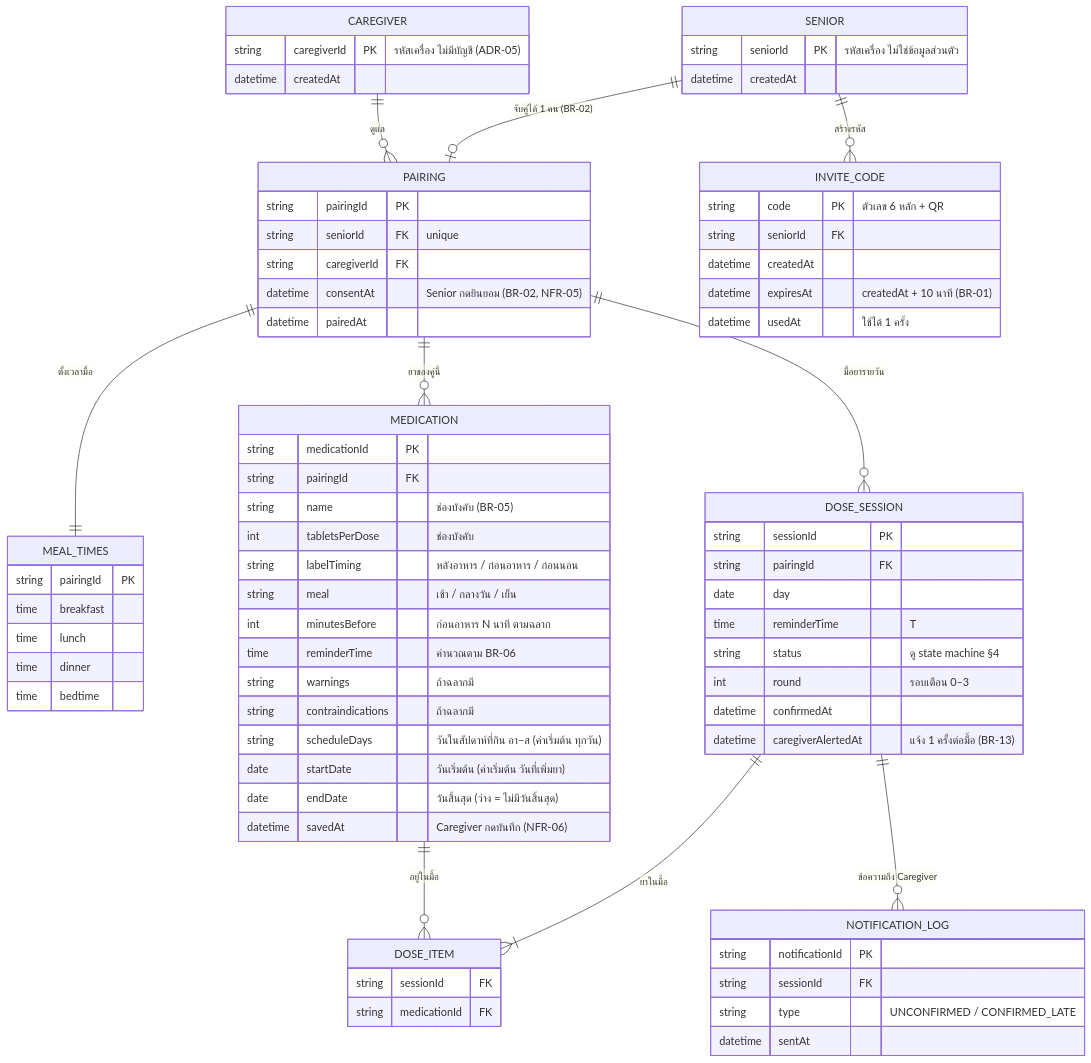
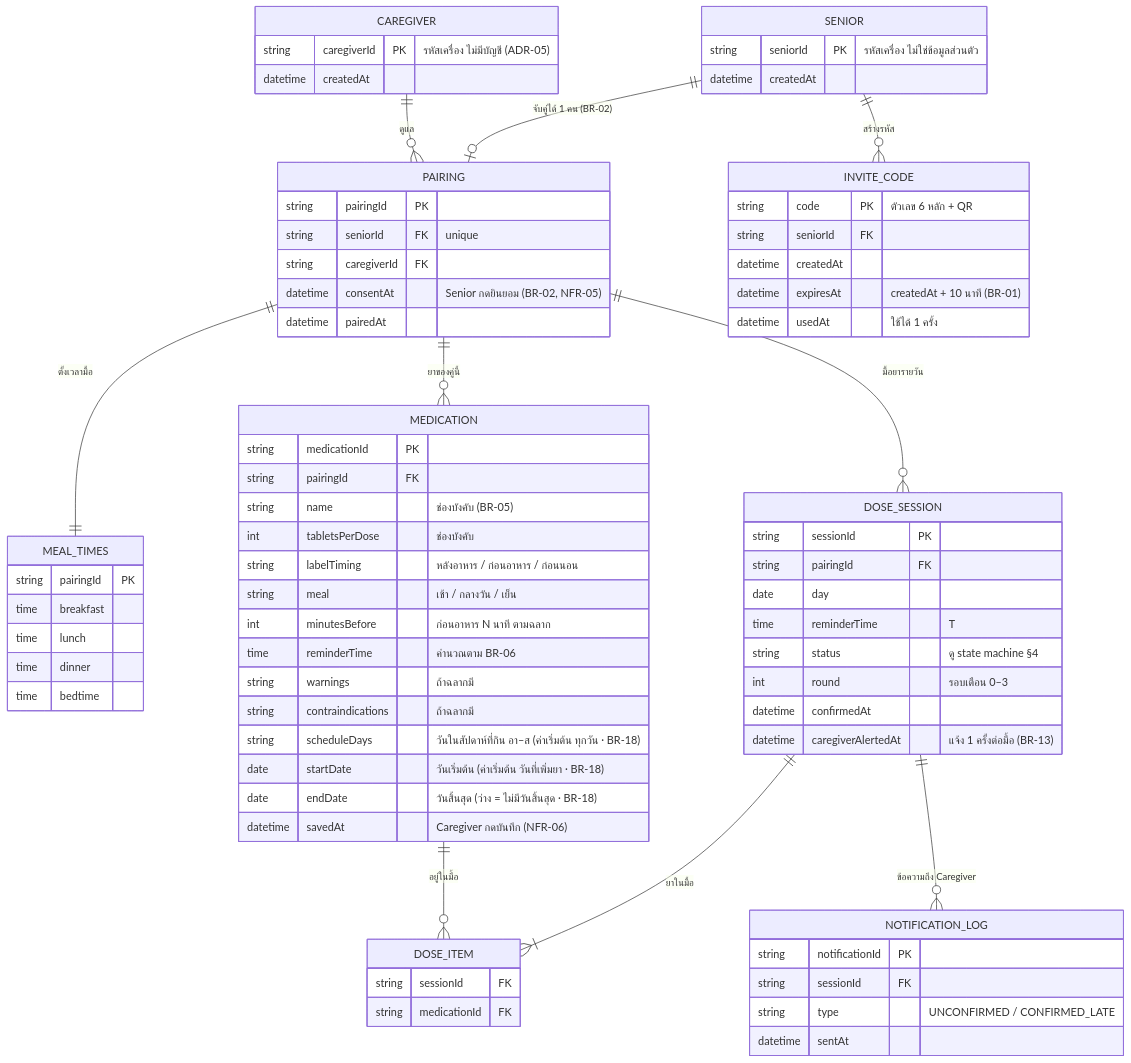
One commit to yaroo393-png/MedMind changed the sixth of 6 diagrams in docs/03-design/architecture.md. Above: the diagram before and after it, drawn with Mermaid. The commit also changed other lines of this file and 8 other files, not shown here.

````diff
--- a/docs/03-design/architecture.md
+++ b/docs/03-design/architecture.md
@@ -241,78 +241,78 @@
 ```mermaid
 erDiagram
     SENIOR ||--o| PAIRING : "จับคู่ได้ 1 คน (BR-02)"
     CAREGIVER ||--o{ PAIRING : "ดูแล"
     SENIOR ||--o{ INVITE_CODE : "สร้างรหัส"
     PAIRING ||--|| MEAL_TIMES : "ตั้งเวลามื้อ"
     PAIRING ||--o{ MEDICATION : "ยาของคู่นี้"
     PAIRING ||--o{ DOSE_SESSION : "มื้อยารายวัน"
     DOSE_SESSION ||--|{ DOSE_ITEM : "ยาในมื้อ"
     MEDICATION ||--o{ DOSE_ITEM : "อยู่ในมื้อ"
     DOSE_SESSION ||--o{ NOTIFICATION_LOG : "ข้อความถึง Caregiver"
 
     SENIOR {
         string seniorId PK "รหัสเครื่อง ไม่ใช่ข้อมูลส่วนตัว"
         datetime createdAt
     }
     CAREGIVER {
         string caregiverId PK "รหัสเครื่อง ไม่มีบัญชี (ADR-05)"
         datetime createdAt
     }
     INVITE_CODE {
         string code PK "ตัวเลข 6 หลัก + QR"
         string seniorId FK
         datetime createdAt
         datetime expiresAt "createdAt + 10 นาที (BR-01)"
         datetime usedAt "ใช้ได้ 1 ครั้ง"
     }
     PAIRING {
         string pairingId PK
         string seniorId FK "unique"
         string caregiverId FK
         datetime consentAt "Senior กดยินยอม (BR-02, NFR-05)"
         datetime pairedAt
     }
     MEAL_TIMES {
         string pairingId PK
         time breakfast
         time lunch
         time dinner
         time bedtime
     }
     MEDICATION {
         string medicationId PK
         string pairingId FK
         string name "ช่องบังคับ (BR-05)"
         int tabletsPerDose "ช่องบังคับ"
         string labelTiming "หลังอาหาร / ก่อนอาหาร / ก่อนนอน"
         string meal "เช้า / กลางวัน / เย็น"
         int minutesBefore "ก่อนอาหาร N นาที ตามฉลาก"
         time reminderTime "คำนวณตาม BR-06"
         string warnings "ถ้าฉลากมี"
         string contraindications "ถ้าฉลากมี"
-        string scheduleDays "วันในสัปดาห์ที่กิน อา–ส (ค่าเริ่มต้น ทุกวัน)"
-        date startDate "วันเริ่มต้น (ค่าเริ่มต้น วันที่เพิ่มยา)"
-        date endDate "วันสิ้นสุด (ว่าง = ไม่มีวันสิ้นสุด)"
+        string scheduleDays "วันในสัปดาห์ที่กิน อา–ส (ค่าเริ่มต้น ทุกวัน · BR-18)"
+        date startDate "วันเริ่มต้น (ค่าเริ่มต้น วันที่เพิ่มยา · BR-18)"
+        date endDate "วันสิ้นสุด (ว่าง = ไม่มีวันสิ้นสุด · BR-18)"
         datetime savedAt "Caregiver กดบันทึก (NFR-06)"
     }
     DOSE_SESSION {
         string sessionId PK
         string pairingId FK
         date day
         time reminderTime "T"
         string status "ดู state machine §4"
         int round "รอบเตือน 0–3"
         datetime confirmedAt
         datetime caregiverAlertedAt "แจ้ง 1 ครั้งต่อมื้อ (BR-13)"
     }
     DOSE_ITEM {
         string sessionId FK
         string medicationId FK
     }
     NOTIFICATION_LOG {
         string notificationId PK
         string sessionId FK
         string type "UNCONFIRMED / CONFIRMED_LATE"
         datetime sentAt
     }
 ```
````
